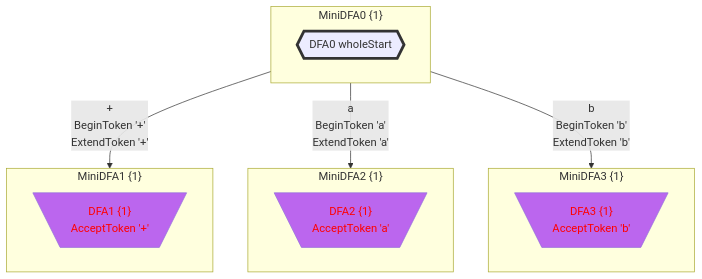
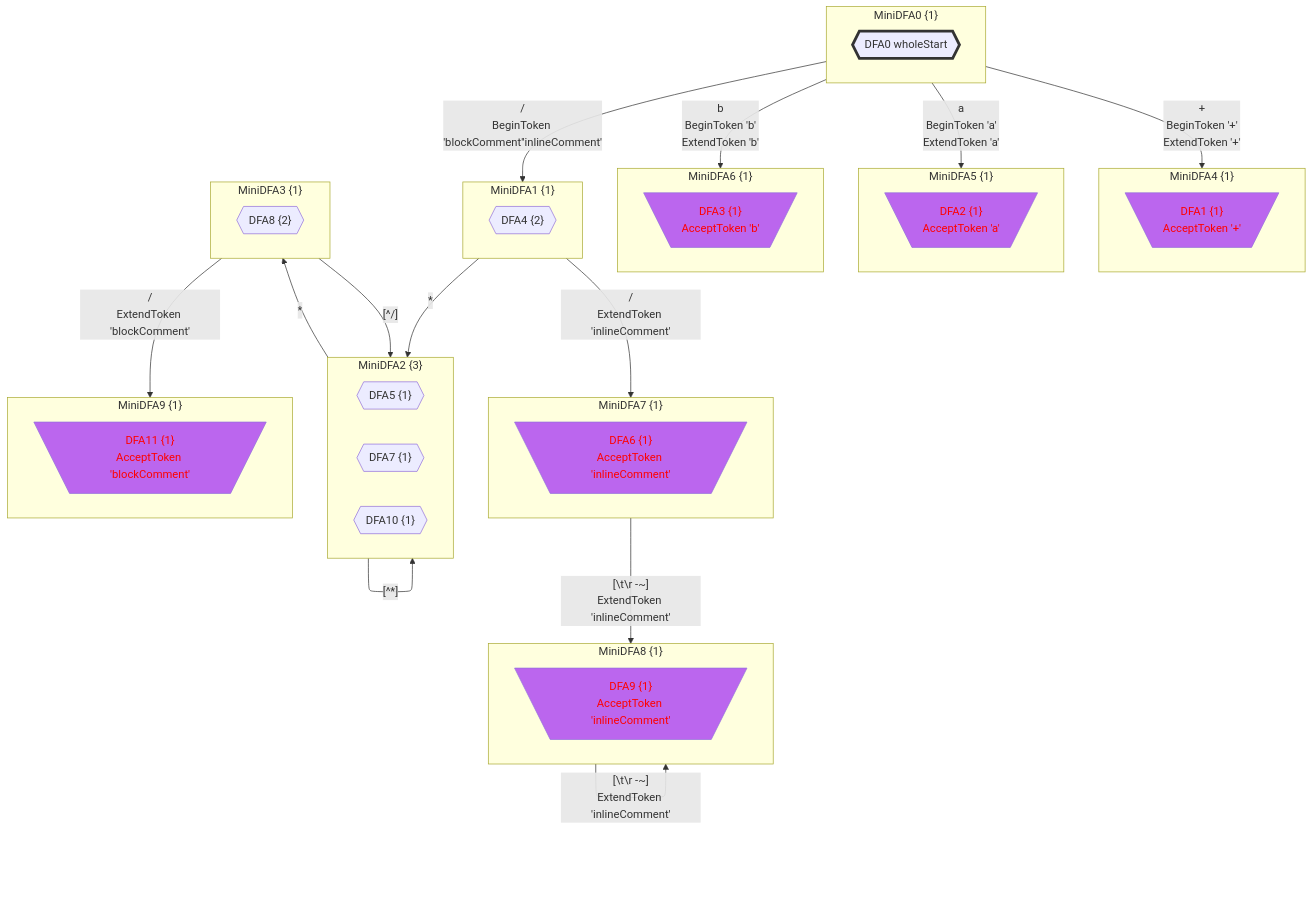
One commit to bitzhuwei/GrammarMentor changed the sixth of 7 diagrams in Practices/Practice.GeneratedXxxFormat.Test/GeneratedABB/doc/LexicalStates.gen.md. Above: the diagram before and after it, drawn with Mermaid. The commit also changed other lines of this file and 3868 other files, not shown here.

````diff
--- a/Practices/Practice.GeneratedXxxFormat.Test/GeneratedABB/doc/LexicalStates.gen.md
+++ b/Practices/Practice.GeneratedXxxFormat.Test/GeneratedABB/doc/LexicalStates.gen.md
@@ -407,36 +797,79 @@
 classDef c1101 stroke:#333,stroke-width:4px,fill:#BB66EE,color:#FF0000;
 classDef c1110 stroke:#333,stroke-width:4px,fill:#BB66EE,stroke-dasharray: 10 10;
 classDef c1111 stroke:#333,stroke-width:4px,fill:#BB66EE,stroke-dasharray: 10 10,color:#FF0000;
-subgraph MiniDFA0_-1862349481["MiniDFA0 {1}"]
-DFA0_1303046169_0{{"DFA0 wholeStart"}}
-class DFA0_1303046169_0 c1000;
+subgraph MiniDFA0_1649433290["MiniDFA0 {1}"]
+DFA0_-145138233_0{{"DFA0 wholeStart"}}
+class DFA0_-145138233_0 c1000;
 end
-class MiniDFA0_-1862349481 c1000;
-subgraph MiniDFA1_1915724728["MiniDFA1 {1}"]
-DFA1_642929875_1[\"DFA1 {1}
+class MiniDFA0_1649433290 c1000;
+subgraph MiniDFA4_1318974021["MiniDFA4 {1}"]
+DFA1_858262531_1[\"DFA1 {1}
 AcceptToken '+'"/]
-class DFA1_642929875_1 c0101;
+class DFA1_858262531_1 c0101;
 end
-class MiniDFA1_1915724728 c0101;
-subgraph MiniDFA2_1654973960["MiniDFA2 {1}"]
-DFA2_1083584447_2[\"DFA2 {1}
+class MiniDFA4_1318974021 c0101;
+subgraph MiniDFA5_947620026["MiniDFA5 {1}"]
+DFA2_-1456802818_2[\"DFA2 {1}
 AcceptToken 'a'"/]
-class DFA2_1083584447_2 c0101;
+class DFA2_-1456802818_2 c0101;
 end
-class MiniDFA2_1654973960 c0101;
-subgraph MiniDFA3_2024588932["MiniDFA3 {1}"]
-DFA3_924445311_3[\"DFA3 {1}
+class MiniDFA5_947620026 c0101;
+subgraph MiniDFA6_2049842652["MiniDFA6 {1}"]
+DFA3_-1846132672_3[\"DFA3 {1}
 AcceptToken 'b'"/]
-class DFA3_924445311_3 c0101;
+class DFA3_-1846132672_3 c0101;
 end
-class MiniDFA3_2024588932 c0101;
-MiniDFA0_-1862349481 -->|"+
+class MiniDFA6_2049842652 c0101;
+subgraph MiniDFA1_-290412782["MiniDFA1 {1}"]
+DFA4_1647248238_4{{"DFA4 {2}"}}
+end
+subgraph MiniDFA2_383063715["MiniDFA2 {3}"]
+DFA5_-1056910773_5{{"DFA5 {1}"}}
+DFA7_-1533072777_6{{"DFA7 {1}"}}
+DFA10_249229384_7{{"DFA10 {1}"}}
+end
+subgraph MiniDFA7_1691174574["MiniDFA7 {1}"]
+DFA6_1888404948_8[\"DFA6 {1}
+AcceptToken 'inlineComment'"/]
+class DFA6_1888404948_8 c0101;
+end
+class MiniDFA7_1691174574 c0101;
+subgraph MiniDFA3_-1850936065["MiniDFA3 {1}"]
+DFA8_608653625_9{{"DFA8 {2}"}}
+end
+subgraph MiniDFA8_882993668["MiniDFA8 {1}"]
+DFA9_-1539186643_10[\"DFA9 {1}
+AcceptToken 'inlineComment'"/]
+class DFA9_-1539186643_10 c0101;
+end
+class MiniDFA8_882993668 c0101;
+subgraph MiniDFA9_-1869296671["MiniDFA9 {1}"]
+DFA11_-1148494017_11[\"DFA11 {1}
+AcceptToken 'blockComment'"/]
+class DFA11_-1148494017_11 c0101;
+end
+class MiniDFA9_-1869296671 c0101;
+MiniDFA0_1649433290 -->|"+
 BeginToken '+'
-ExtendToken '+'"|MiniDFA1_1915724728
-MiniDFA0_-1862349481 -->|"a
+ExtendToken '+'"|MiniDFA4_1318974021
+MiniDFA0_1649433290 -->|"a
 BeginToken 'a'
-ExtendToken 'a'"|MiniDFA2_1654973960
-MiniDFA0_-1862349481 -->|"b
+ExtendToken 'a'"|MiniDFA5_947620026
+MiniDFA0_1649433290 -->|"b
 BeginToken 'b'
-ExtendToken 'b'"|MiniDFA3_2024588932
+ExtendToken 'b'"|MiniDFA6_2049842652
+MiniDFA0_1649433290 -->|"/
+BeginToken 'blockComment''inlineComment'"|MiniDFA1_-290412782
+MiniDFA1_-290412782 -->|"*"|MiniDFA2_383063715
+MiniDFA1_-290412782 -->|"/
+ExtendToken 'inlineComment'"|MiniDFA7_1691174574
+MiniDFA2_383063715 -->|"[^*]"|MiniDFA2_383063715
+MiniDFA2_383063715 -->|"*"|MiniDFA3_-1850936065
+MiniDFA7_1691174574 -->|"[#92;t#92;r#32;-~]
+ExtendToken 'inlineComment'"|MiniDFA8_882993668
+MiniDFA3_-1850936065 -->|"[^/]"|MiniDFA2_383063715
+MiniDFA3_-1850936065 -->|"/
+ExtendToken 'blockComment'"|MiniDFA9_-1869296671
+MiniDFA8_882993668 -->|"[#92;t#92;r#32;-~]
+ExtendToken 'inlineComment'"|MiniDFA8_882993668
 ```
````
